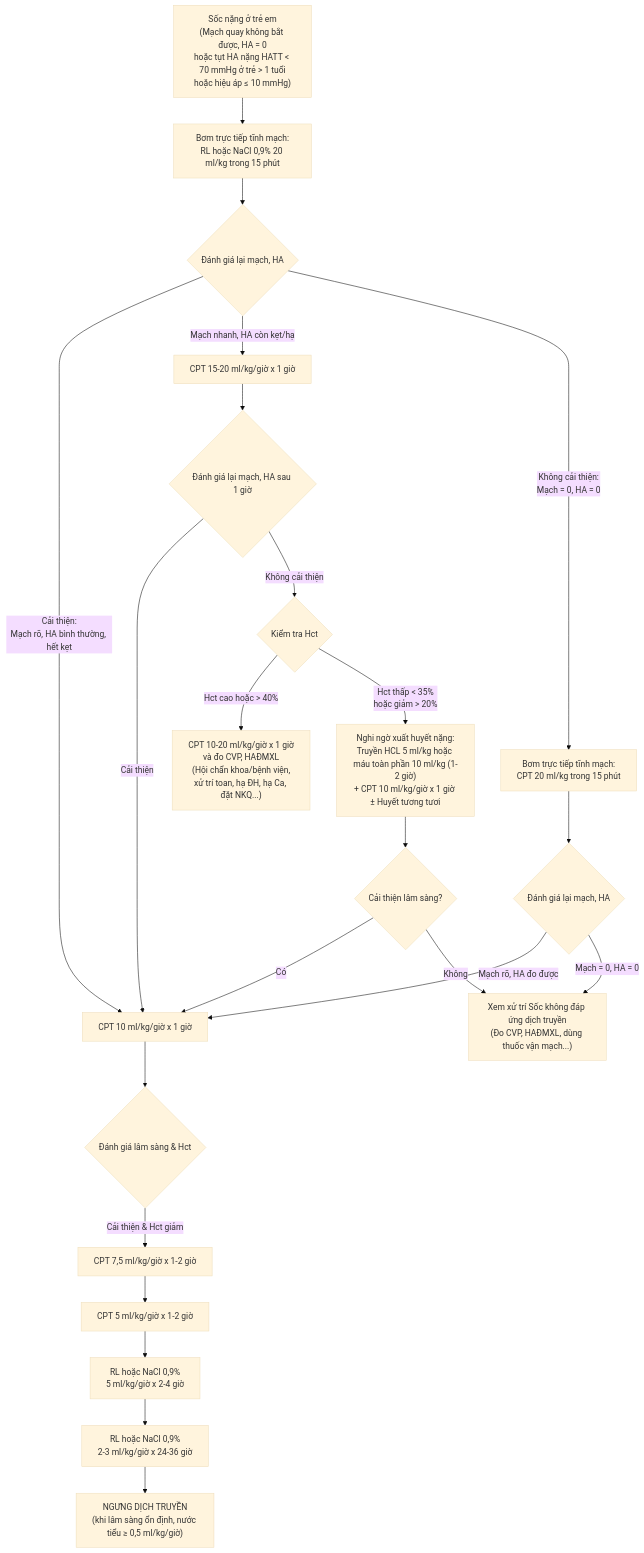
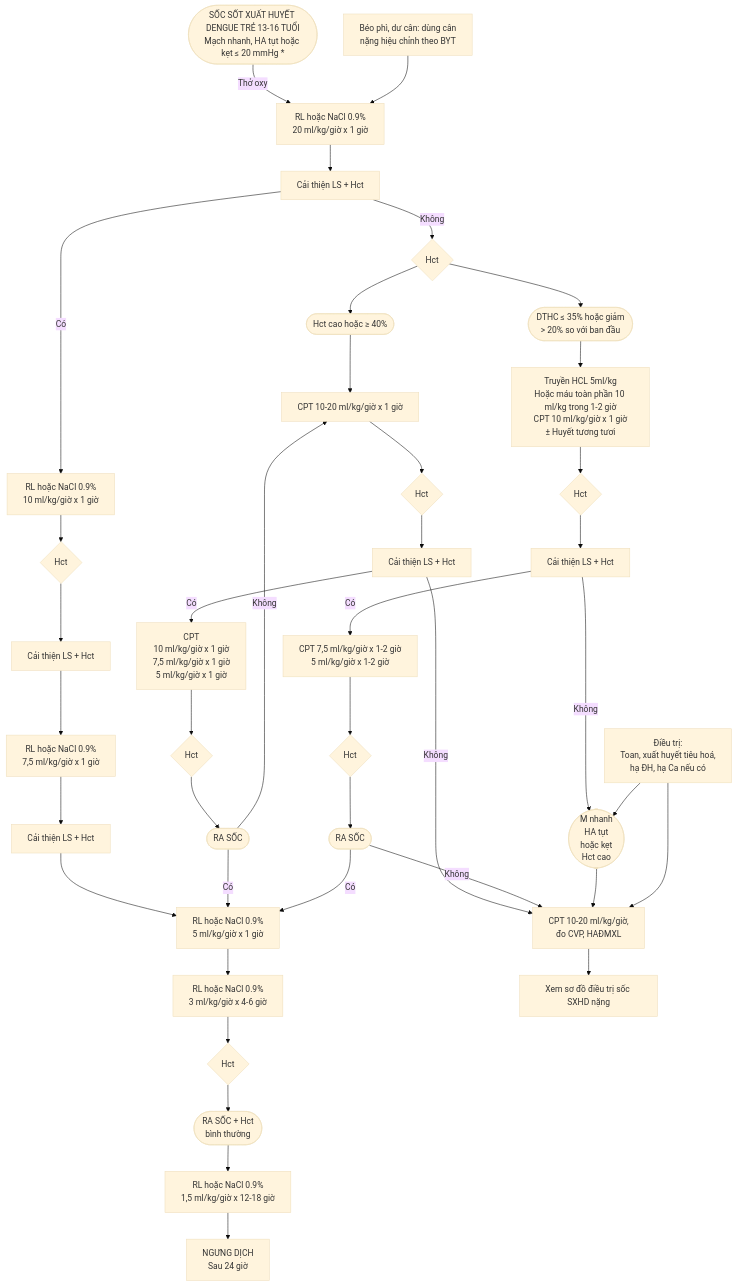
The fifth of 10 diagrams in markdown_docs/REF_MOH_2023_QD2760.md (MedPassVN/vn-medical-reference-library), drawn with Mermaid (base theme) before and after one commit. The commit also changed other lines of this file, not shown here.

First line of the commit message:
fix(QD2760): chép lại bảng cân nặng PL9 (724 ô) và vẽ lại lưu đồ PL4, PL5, PL11, PL12, PL16.1, PL16.2 theo ảnh PDF

````diff
--- a/markdown_docs/REF_MOH_2023_QD2760.md
+++ b/markdown_docs/REF_MOH_2023_QD2760.md
@@ -1380,32 +1305,42 @@
 ```mermaid
 flowchart TD
-    Start["Sốc nặng ở trẻ em<br>(Mạch quay không bắt được, HA = 0<br>hoặc tụt HA nặng HATT < 70 mmHg ở trẻ > 1 tuổi<br>hoặc hiệu áp ≤ 10 mmHg)"] --> Action1["Bơm trực tiếp tĩnh mạch:<br>RL hoặc NaCl 0,9% 20 ml/kg trong 15 phút"]
-    
-    Action1 --> Assess1{"Đánh giá lại mạch, HA"}
-    
-    Assess1 -->|Cải thiện:<br>Mạch rõ, HA bình thường, hết kẹt| BranchA["CPT 10 ml/kg/giờ x 1 giờ"]
-    Assess1 -->|Mạch nhanh, HA còn kẹt/hạ| BranchB["CPT 15-20 ml/kg/giờ x 1 giờ"]
-    Assess1 -->|Không cải thiện:<br>Mạch = 0, HA = 0| BranchC["Bơm trực tiếp tĩnh mạch:<br>CPT 20 ml/kg trong 15 phút"]
-    
-    BranchC --> AssessC{"Đánh giá lại mạch, HA"}
-    AssessC -->|Mạch rõ, HA đo được| BranchA
-    AssessC -->|Mạch = 0, HA = 0| Refractory["Xem xử trí Sốc không đáp ứng dịch truyền<br>(Đo CVP, HAĐMXL, dùng thuốc vận mạch...)"]
-    
-    BranchB --> AssessB1{"Đánh giá lại mạch, HA sau 1 giờ"}
-    AssessB1 -->|Cải thiện| BranchA
-    AssessB1 -->|Không cải thiện| CheckHct{"Kiểm tra Hct"}
-    
-    CheckHct -->|Hct cao hoặc > 40%| ShockRefractory["CPT 10-20 ml/kg/giờ x 1 giờ<br>và đo CVP, HAĐMXL<br>(Hội chẩn khoa/bệnh viện,<br>xử trí toan, hạ ĐH, hạ Ca, đặt NKQ...)"]
-    CheckHct -->|Hct thấp < 35%<br>hoặc giảm > 20%| Bleeding["Nghi ngờ xuất huyết nặng:<br>Truyền HCL 5 ml/kg hoặc máu toàn phần 10 ml/kg (1-2 giờ)<br>+ CPT 10 ml/kg/giờ x 1 giờ ± Huyết tương tươi"]
-    
-    Bleeding --> AssessBleed{"Cải thiện lâm sàng?"}
-    AssessBleed -->|Có| BranchA
-    AssessBleed -->|Không| Refractory
-    
-    BranchA --> AssessA1{"Đánh giá lâm sàng & Hct"}
-    AssessA1 -->|Cải thiện & Hct giảm| ReduceA1["CPT 7,5 ml/kg/giờ x 1-2 giờ"]
-    ReduceA1 --> ReduceA2["CPT 5 ml/kg/giờ x 1-2 giờ"]
-    ReduceA2 --> ReduceA3["RL hoặc NaCl 0,9%<br>5 ml/kg/giờ x 2-4 giờ"]
-    ReduceA3 --> ReduceA4["RL hoặc NaCl 0,9%<br>2-3 ml/kg/giờ x 24-36 giờ"]
-    ReduceA4 --> StopFluid["NGƯNG DỊCH TRUYỀN<br>(khi lâm sàng ổn định, nước tiểu ≥ 0,5 ml/kg/giờ)"]
+    A1(["SỐC SỐT XUẤT HUYẾT DENGUE TRẺ 13-16 TUỔI<br/>Mạch nhanh, HA tụt hoặc kẹt ≤ 20 mmHg *"]) -->|Thở oxy| A2["RL hoặc NaCl 0.9%<br/>20 ml/kg/giờ x 1 giờ"]
+    A0["Béo phì, dư cân: dùng cân<br/>nặng hiệu chỉnh theo BYT"] --> A2
+    A2 --> A3["Cải thiện LS + Hct"]
+    A3 -->|Có| L1["RL hoặc NaCl 0.9%<br/>10 ml/kg/giờ x 1 giờ"]
+    L1 --> L2{"Hct"}
+    L2 --> L3["Cải thiện LS + Hct"]
+    L3 --> L4["RL hoặc NaCl 0.9%<br/>7,5 ml/kg/giờ x 1 giờ"]
+    L4 --> L5["Cải thiện LS + Hct"]
+    L5 --> L6["RL hoặc NaCl 0.9%<br/>5 ml/kg/giờ x 1 giờ"]
+    L6 --> L7["RL hoặc NaCl 0.9%<br/>3 ml/kg/giờ x 4-6 giờ"]
+    L7 --> L8{"Hct"}
+    L8 --> L9(["RA SỐC + Hct<br/>bình thường"])
+    L9 --> L10["RL hoặc NaCl 0.9%<br/>1,5 ml/kg/giờ x 12-18 giờ"]
+    L10 --> L11["NGƯNG DỊCH<br/>Sau 24 giờ"]
+    A3 -->|Không| H1{"Hct"}
+    H1 --> M1(["Hct cao hoặc ≥ 40%"])
+    H1 --> R1(["DTHC ≤ 35% hoặc giảm<br/>> 20% so với ban đầu"])
+    M1 --> M2["CPT 10-20 ml/kg/giờ x 1 giờ"]
+    M2 --> M3{"Hct"}
+    M3 --> M4["Cải thiện LS + Hct"]
+    M4 -->|Có| M5["CPT<br/>10 ml/kg/giờ x 1 giờ<br/>7,5 ml/kg/giờ x 1 giờ<br/>5 ml/kg/giờ x 1 giờ"]
+    M5 --> M6{"Hct"}
+    M6 --> M7(["RA SỐC"])
+    M7 -->|Có| L6
+    M7 -->|Không| M2
+    M4 -->|Không| Z1["CPT 10-20 ml/kg/giờ,<br/>đo CVP, HAĐMXL"]
+    R1 --> R2["Truyền HCL 5ml/kg<br/>Hoặc máu toàn phần 10 ml/kg trong 1-2 giờ<br/>CPT 10 ml/kg/giờ x 1 giờ<br/>± Huyết tương tươi"]
+    R2 --> R3{"Hct"}
+    R3 --> R4["Cải thiện LS + Hct"]
+    R4 -->|Có| R5["CPT 7,5 ml/kg/giờ x 1-2 giờ<br/>5 ml/kg/giờ x 1-2 giờ"]
+    R5 --> R6{"Hct"}
+    R6 --> R7(["RA SỐC"])
+    R7 -->|Có| L6
+    R7 -->|Không| Z1
+    R4 -->|Không| R8(["M nhanh<br/>HA tụt<br/>hoặc kẹt<br/>Hct cao"])
+    R8 --> Z1
+    T1["Điều trị:<br/>Toan, xuất huyết tiêu hoá,<br/>hạ ĐH, hạ Ca nếu có"] --> Z1
+    T1 --> R8
+    Z1 --> Z2["Xem sơ đồ điều trị sốc SXHD nặng"]
 ```
````
